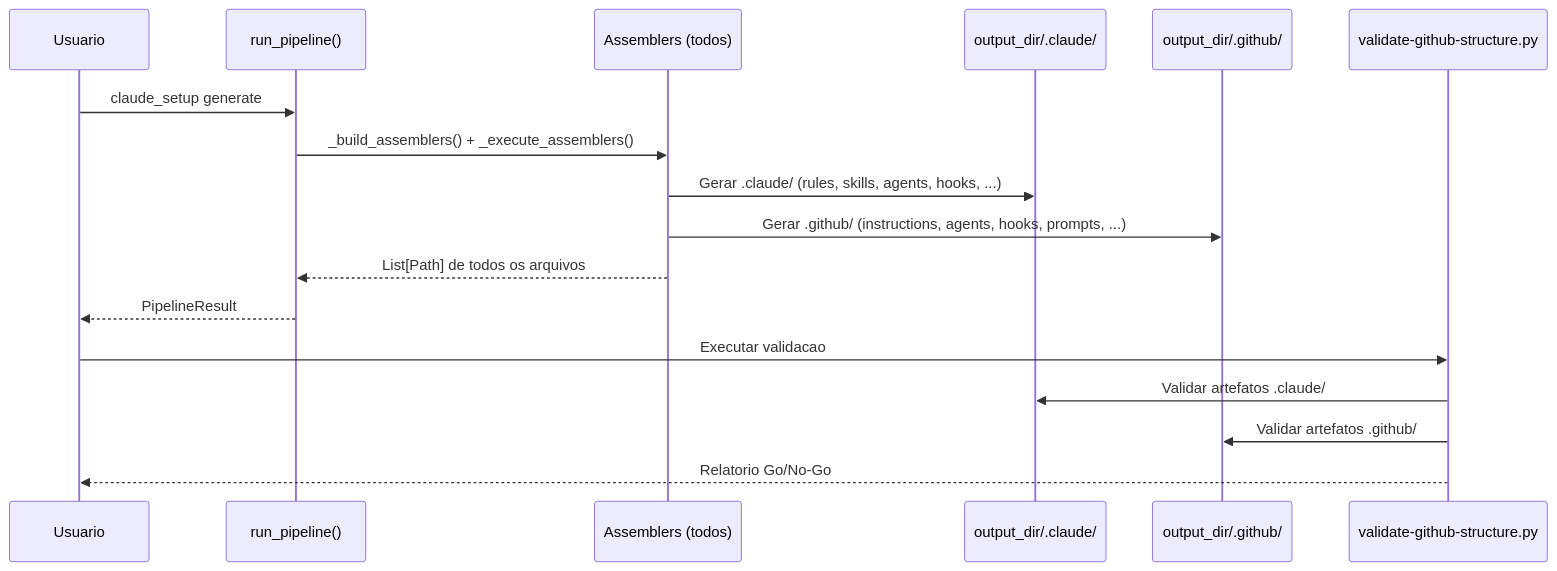
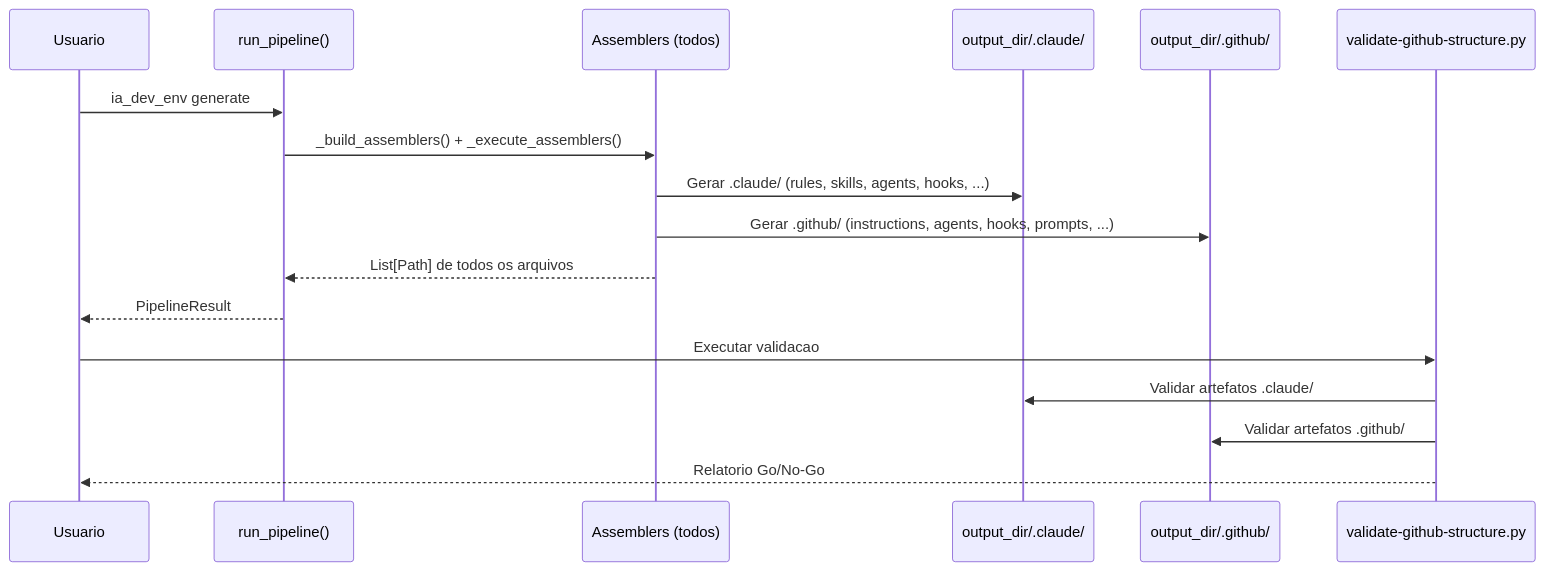
One commit to edercnj/ia-dev-environment changed the first of 2 diagrams in docs/stories/github-structure/STORY-013.md. Above: the diagram before and after it, drawn with Mermaid. The commit also changed other lines of this file and 196 other files, not shown here.

First line of the commit message:
refactor: rename internal Python package from claude_setup to ia_dev_env

````diff
--- a/docs/stories/github-structure/STORY-013.md
+++ b/docs/stories/github-structure/STORY-013.md
@@ -124,20 +124,20 @@
 ```mermaid
 sequenceDiagram
     participant U as Usuario
     participant P as run_pipeline()
     participant A as Assemblers (todos)
     participant C as output_dir/.claude/
     participant G as output_dir/.github/
     participant V as validate-github-structure.py
 
-    U->>P: claude_setup generate
+    U->>P: ia_dev_env generate
     P->>A: _build_assemblers() + _execute_assemblers()
     A->>C: Gerar .claude/ (rules, skills, agents, hooks, ...)
     A->>G: Gerar .github/ (instructions, agents, hooks, prompts, ...)
     A-->>P: List[Path] de todos os arquivos
     P-->>U: PipelineResult
     U->>V: Executar validacao
     V->>C: Validar artefatos .claude/
     V->>G: Validar artefatos .github/
     V-->>U: Relatorio Go/No-Go
 ```
````
